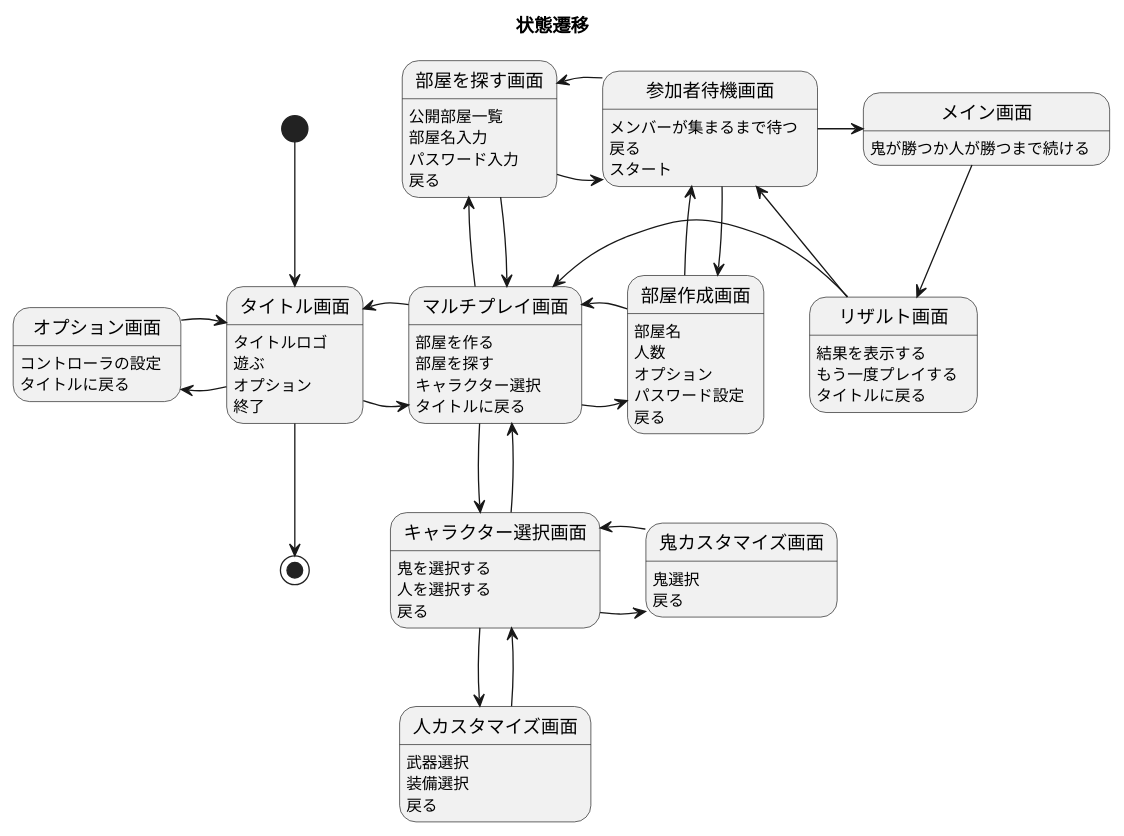
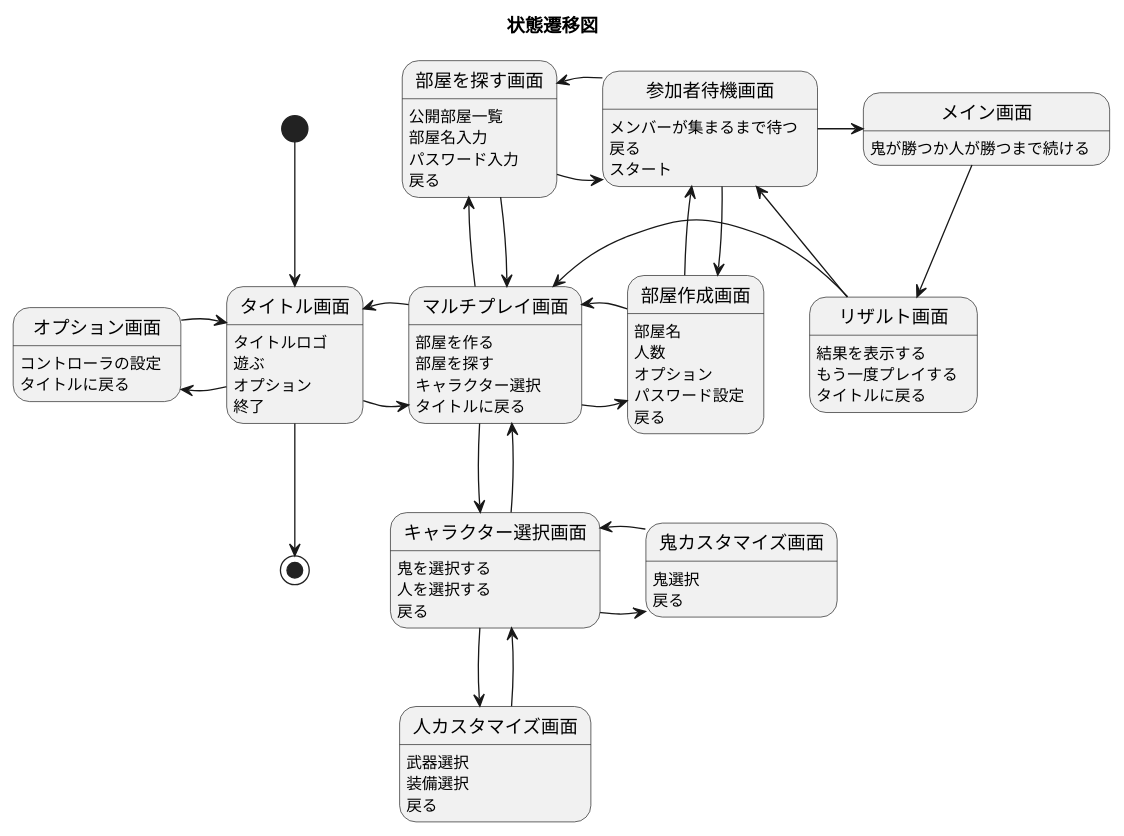
The diagram in Design/State/State.pu (ShassBeleth/Kamitsuki), drawn with PlantUML before and after one commit. The commit also changed 4 other files, not shown here.

```diff
--- a/Design/State/State.pu
+++ b/Design/State/State.pu
@@ -1,89 +1,89 @@
 @startuml
 
-title 状態遷移
+title 状態遷移図
 
 '画面遷移'
 [*] -down-> タイトル画面
 
 タイトル画面 -right-> マルチプレイ画面
 タイトル画面 -left-> オプション画面
 タイトル画面 -down-> [*]
 
 オプション画面 -right-> タイトル画面
 
 マルチプレイ画面 -right-> 部屋作成画面
 マルチプレイ画面 -up-> 部屋を探す画面
 マルチプレイ画面 -down-> キャラクター選択画面
 マルチプレイ画面 -left-> タイトル画面
 
 キャラクター選択画面 -up-> マルチプレイ画面
 キャラクター選択画面 -down-> 人カスタマイズ画面
 キャラクター選択画面 -right-> 鬼カスタマイズ画面
 
 人カスタマイズ画面 -up-> キャラクター選択画面
 
 鬼カスタマイズ画面 -left-> キャラクター選択画面
 
 部屋作成画面 -up-> 参加者待機画面
 部屋作成画面 -left-> マルチプレイ画面
 
 部屋を探す画面 -right-> 参加者待機画面
 部屋を探す画面 -down-> マルチプレイ画面
 
 参加者待機画面 -right-> メイン画面
 参加者待機画面 -down-> 部屋作成画面
 参加者待機画面 -left-> 部屋を探す画面
 
 メイン画面 -down-> リザルト画面
 
 リザルト画面 -up-> 参加者待機画面
 リザルト画面 -left-> マルチプレイ画面
 
 
 '各画面定義'
 タイトル画面 : タイトルロゴ
 タイトル画面 : 遊ぶ
 タイトル画面 : オプション
 タイトル画面 : 終了
 
 オプション画面 : コントローラの設定
 オプション画面 : タイトルに戻る
 
 マルチプレイ画面 : 部屋を作る
 マルチプレイ画面 : 部屋を探す
 マルチプレイ画面 : キャラクター選択
 マルチプレイ画面 : タイトルに戻る
 
 部屋作成画面 : 部屋名
 部屋作成画面 : 人数
 部屋作成画面 : オプション
 部屋作成画面 : パスワード設定
 部屋作成画面 : 戻る
 
 部屋を探す画面 : 公開部屋一覧
 部屋を探す画面 : 部屋名入力
 部屋を探す画面 : パスワード入力
 部屋を探す画面 : 戻る
 
 キャラクター選択画面 : 鬼を選択する
 キャラクター選択画面 : 人を選択する
 キャラクター選択画面 : 戻る
 
 人カスタマイズ画面 : 武器選択
 人カスタマイズ画面 : 装備選択
 人カスタマイズ画面 : 戻る
 
 鬼カスタマイズ画面 : 鬼選択
 鬼カスタマイズ画面 : 戻る
 
 参加者待機画面 : メンバーが集まるまで待つ
 参加者待機画面 : 戻る
 参加者待機画面 : スタート
 
 メイン画面 : 鬼が勝つか人が勝つまで続ける
 
 リザルト画面 : 結果を表示する
 リザルト画面 : もう一度プレイする
 リザルト画面 : タイトルに戻る
 
 @enduml
```
